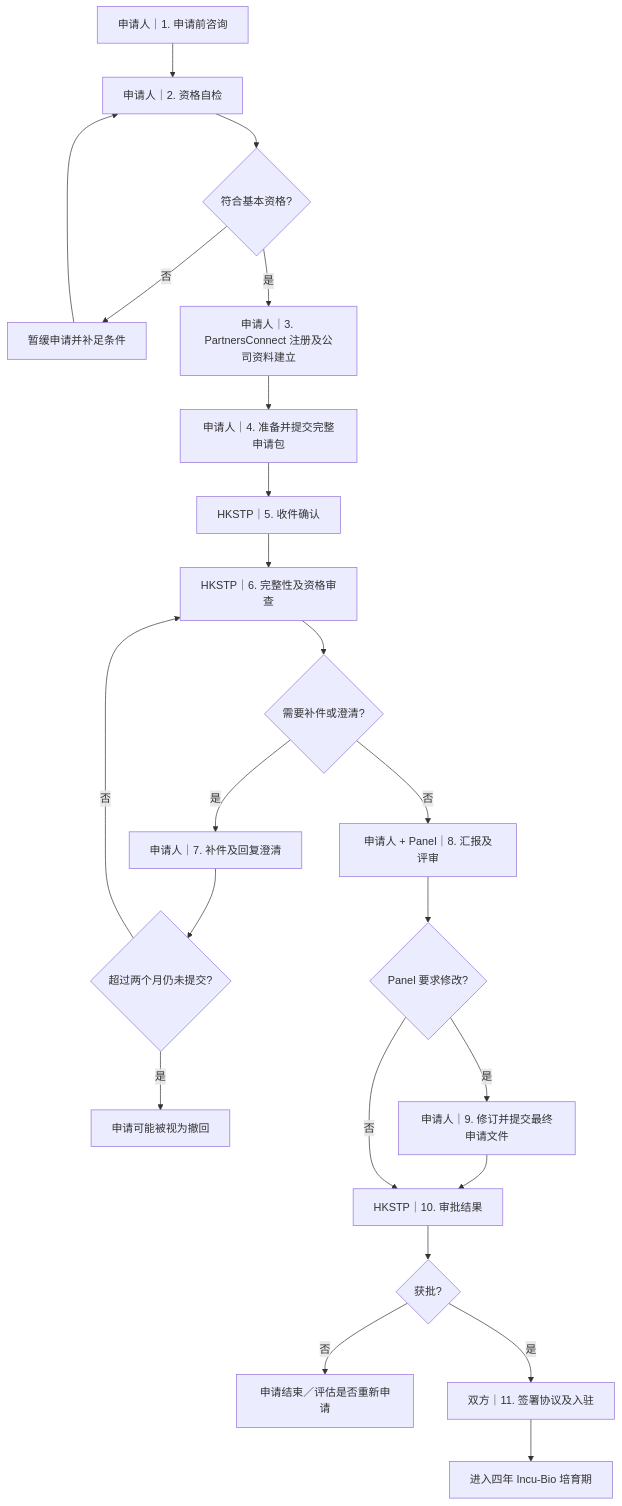
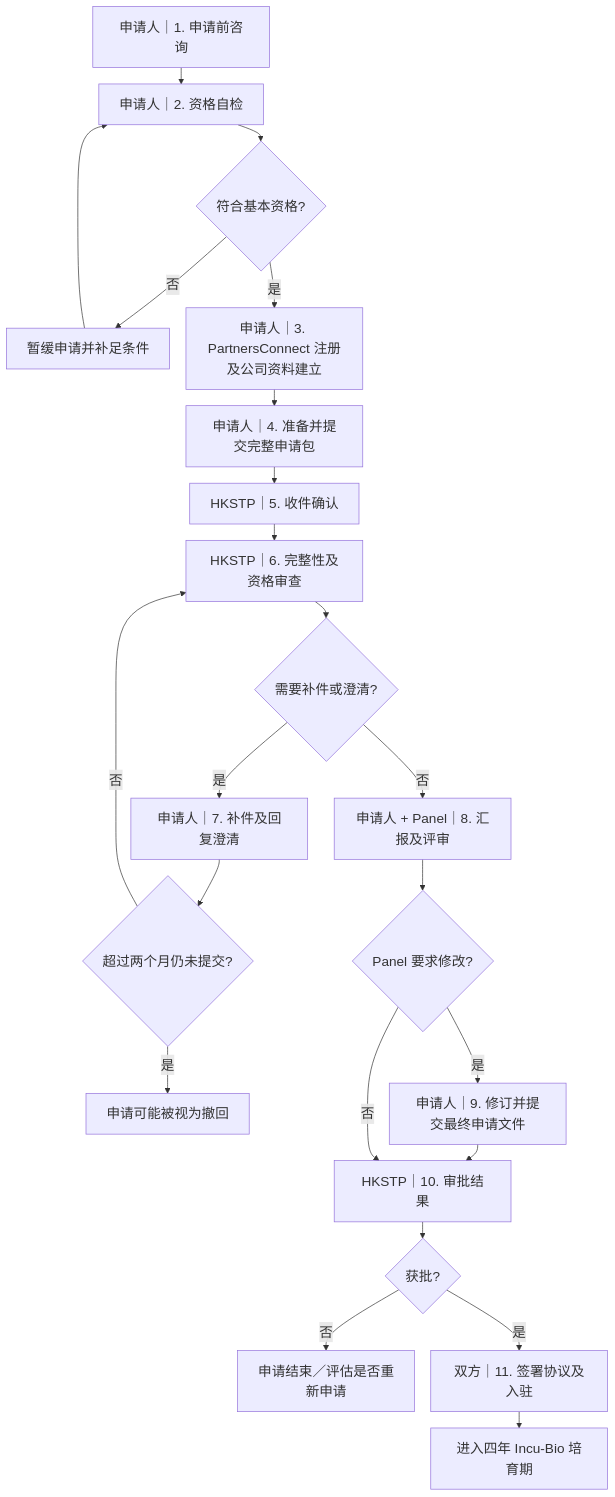
The diagram in content/research_career/HKSTP-IncuBio-application-process.md (PinkR1ver/my-digital-garden), drawn with Mermaid before and after one commit. The commit also changed 3 other files, not shown here.

````diff
--- a/content/research_career/HKSTP-IncuBio-application-process.md
+++ b/content/research_career/HKSTP-IncuBio-application-process.md
@@ -18,25 +18,26 @@
 ```mermaid
+%%{init: {"themeVariables": {"fontSize": "20px"}, "flowchart": {"nodeSpacing": 24, "rankSpacing": 24}}}%%
 flowchart TD
     A[申请人｜1. 申请前咨询] --> B[申请人｜2. 资格自检]
     B --> C{符合基本资格?}
     C -- 否 --> C1[暂缓申请并补足条件]
     C1 --> B
     C -- 是 --> D[申请人｜3. PartnersConnect 注册及公司资料建立]
     D --> E[申请人｜4. 准备并提交完整申请包]
     E --> F[HKSTP｜5. 收件确认]
     F --> G[HKSTP｜6. 完整性及资格审查]
     G --> H{需要补件或澄清?}
     H -- 是 --> I[申请人｜7. 补件及回复澄清]
     I --> J{超过两个月仍未提交?}
     J -- 是 --> J1[申请可能被视为撤回]
     J -- 否 --> G
     H -- 否 --> K[申请人 + Panel｜8. 汇报及评审]
     K --> L{Panel 要求修改?}
     L -- 是 --> M[申请人｜9. 修订并提交最终申请文件]
     M --> N[HKSTP｜10. 审批结果]
     L -- 否 --> N
     N --> O{获批?}
     O -- 否 --> O1[申请结束／评估是否重新申请]
     O -- 是 --> P[双方｜11. 签署协议及入驻]
     P --> Q[进入四年 Incu-Bio 培育期]
 ```
````
